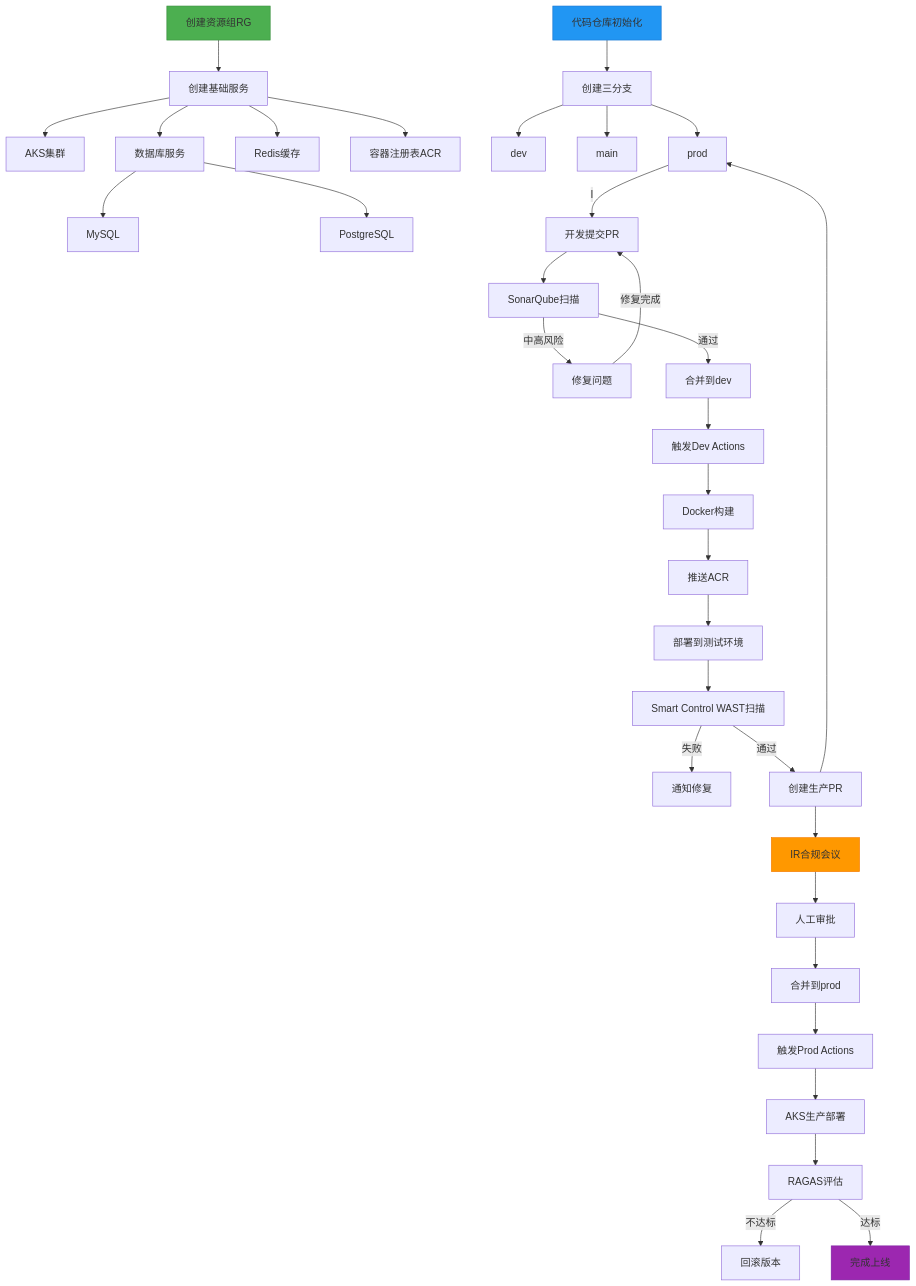
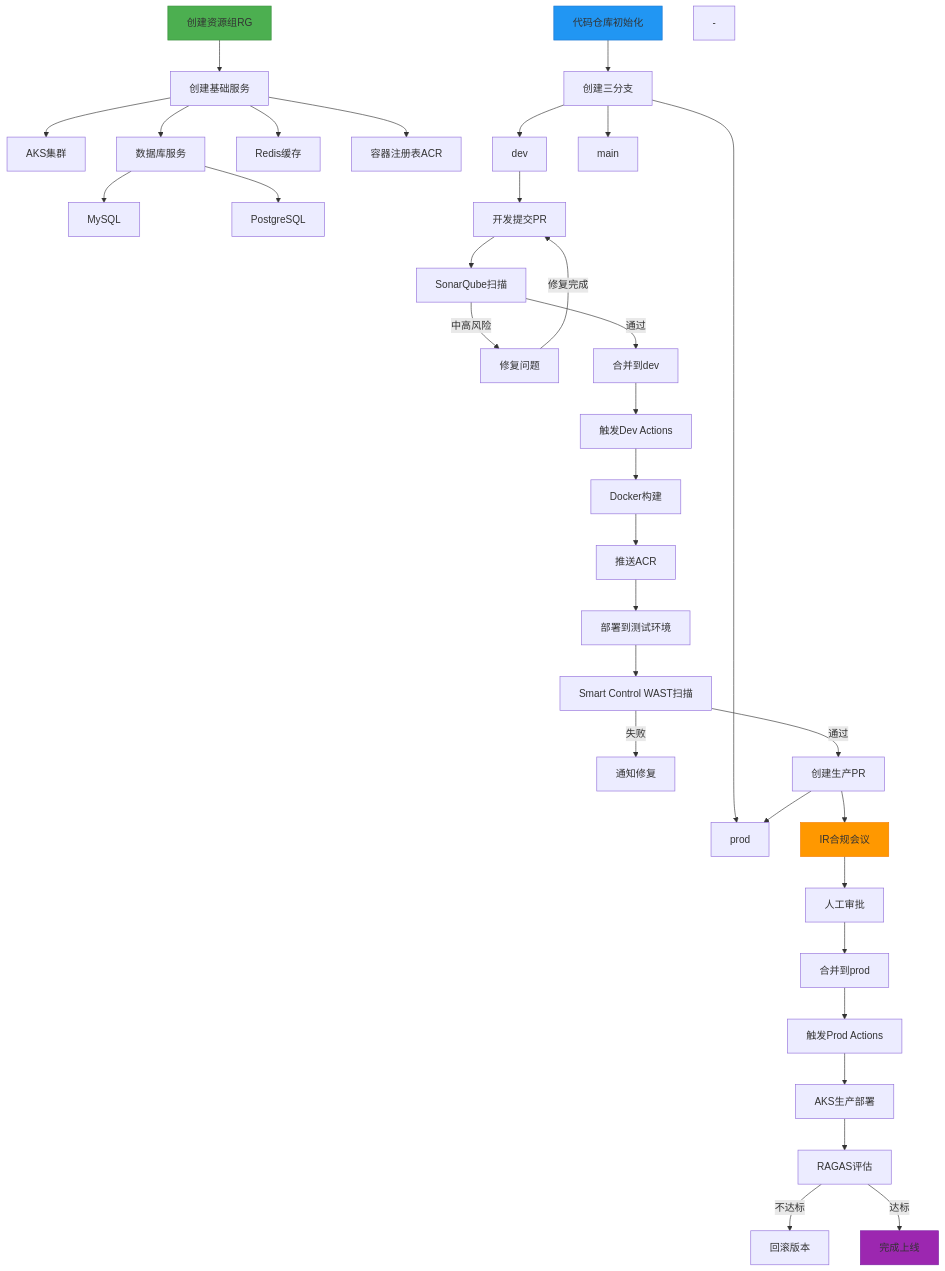
One commit to funnyData/iodraw-files changed the diagram in all/未命名-1.md. Above: the diagram before and after it, drawn with Mermaid.

Commit message:
2025-02-27 09:05:21 update

````diff
--- a/all/未命名-1.md
+++ b/all/未命名-1.md
@@ -1,52 +1,52 @@
 ```mermaid
 graph TD
     A[创建资源组RG] --> B[创建基础服务]
     B --> C[AKS集群]
     B --> D[数据库服务]
     D --> DA[MySQL]
     D --> DB[PostgreSQL]
     B --> E[Redis缓存]
     B --> F[容器注册表ACR]
     
     G[代码仓库初始化] --> H[创建三分支]
     H --> I[dev]
     H --> J[main]
     H --> K[prod]
-    --
+    -
     I --> L[开发提交PR]
     L --> M[SonarQube扫描]
     M -->|中高风险| N[修复问题]
     N -->|修复完成|L
     M -->|通过| O[合并到dev]
     
     O --> P[触发Dev Actions]
     P --> Q[Docker构建]
     Q --> R[推送ACR]
     R --> S[部署到测试环境]
     
     S --> T[Smart Control WAST扫描]
     T -->|失败| U[通知修复]
 
     
     T -->|通过| V[创建生产PR]
     V --> K
     
     V --> W[IR合规会议]
     W --> X[人工审批]
     X --> Y[合并到prod]
     
     Y --> Z[触发Prod Actions]
     Z --> AC[AKS生产部署]
     %% Z --> AA[安全扫描]
     %% AA -->|高风险| AB[终止部署]
     %% AA -->|通过| AC[AKS生产部署]
     
     AC --> AD[RAGAS评估]
     AD -->|不达标| AE[回滚版本]
     AD -->|达标| AF[完成上线]
     
     style A fill:#4CAF50,stroke:#388E3C
     style G fill:#2196F3,stroke:#1976D2
     style W fill:#FF9800,stroke:#F57C00
     style AF fill:#9C27B0,stroke:#7B1FA2
 ```
````
